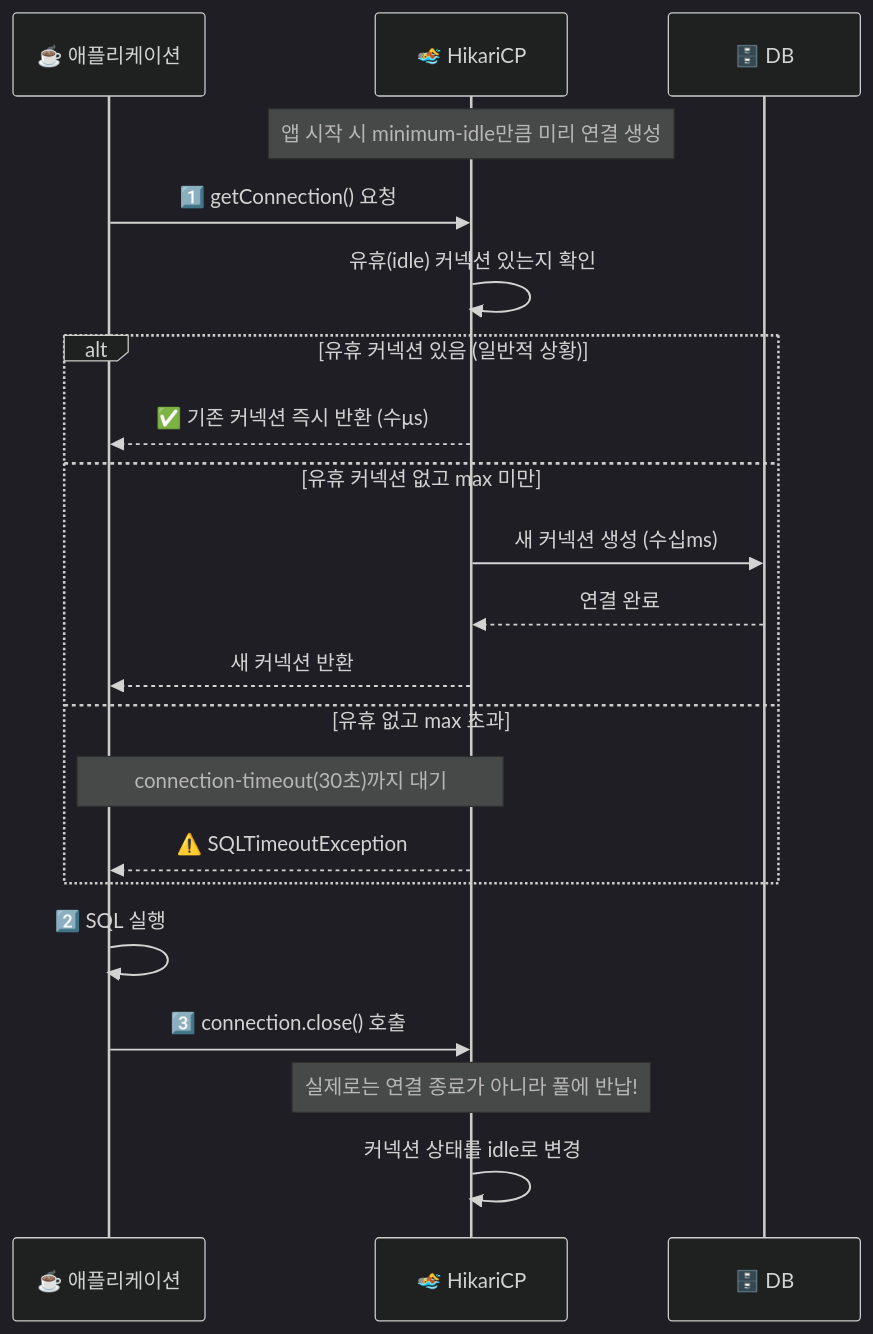
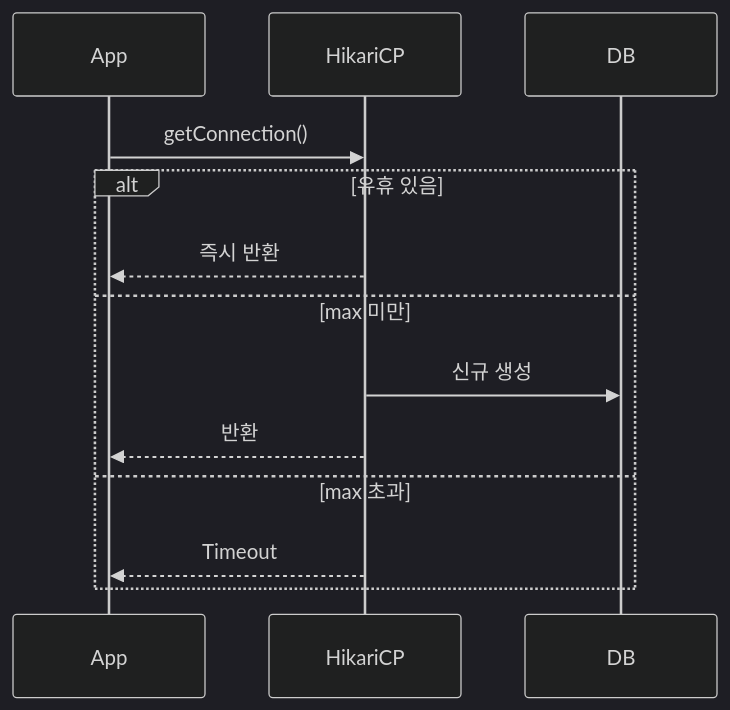
The third of 11 diagrams in _posts/spring/2026-05-02-spring-db-1.md (yjkim2015/yjkim2015.github.io), drawn with Mermaid (dark theme) before and after one commit. The commit also changed other lines of this file and 215 other files, not shown here.

First line of the commit message:
신규 포스트 10개 추가 + Mermaid 전면 축소 + SystemDesign 시리즈 보강

````diff
--- a/_posts/spring/2026-05-02-spring-db-1.md
+++ b/_posts/spring/2026-05-02-spring-db-1.md
@@ -165,27 +146,15 @@
 ```mermaid
 sequenceDiagram
-    participant App as ☕ 애플리케이션
-    participant Pool as 🏊 HikariCP
-    participant DB as 🗄️ DB
-
-    Note over Pool: 앱 시작 시 minimum-idle만큼 미리 연결 생성
-
-    App->>Pool: 1️⃣ getConnection() 요청
-    Pool->>Pool: 유휴(idle) 커넥션 있는지 확인
-
-    alt 유휴 커넥션 있음 (일반적 상황)
-        Pool-->>App: ✅ 기존 커넥션 즉시 반환 (수μs)
-    else 유휴 커넥션 없고 max 미만
-        Pool->>DB: 새 커넥션 생성 (수십ms)
-        DB-->>Pool: 연결 완료
-        Pool-->>App: 새 커넥션 반환
-    else 유휴 없고 max 초과
-        Note over App,Pool: connection-timeout(30초)까지 대기
-        Pool-->>App: ⚠️ SQLTimeoutException
+    participant App
+    participant Pool as HikariCP
+    participant DB
+    App->>Pool: getConnection()
+    alt 유휴 있음
+        Pool-->>App: 즉시 반환
+    else max 미만
+        Pool->>DB: 신규 생성
+        Pool-->>App: 반환
+    else max 초과
+        Pool-->>App: Timeout
     end
-
-    App->>App: 2️⃣ SQL 실행
-    App->>Pool: 3️⃣ connection.close() 호출
-    Note over Pool: 실제로는 연결 종료가 아니라 풀에 반납!
-    Pool->>Pool: 커넥션 상태를 idle로 변경
 ```
````
